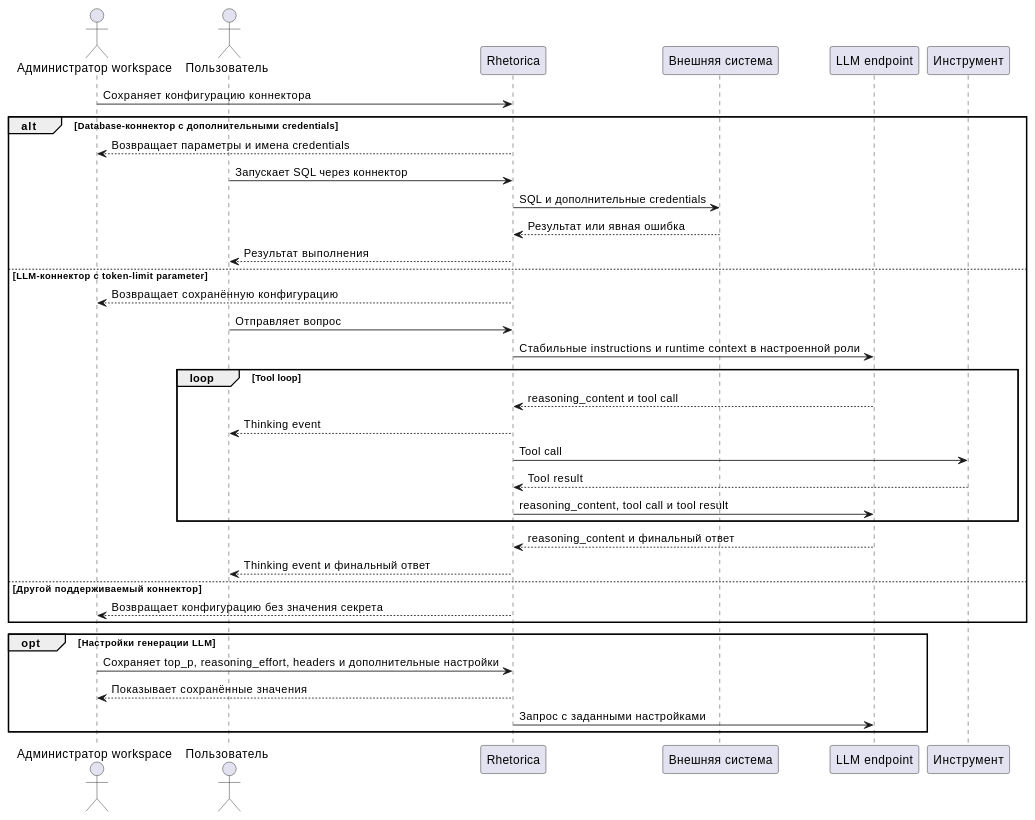
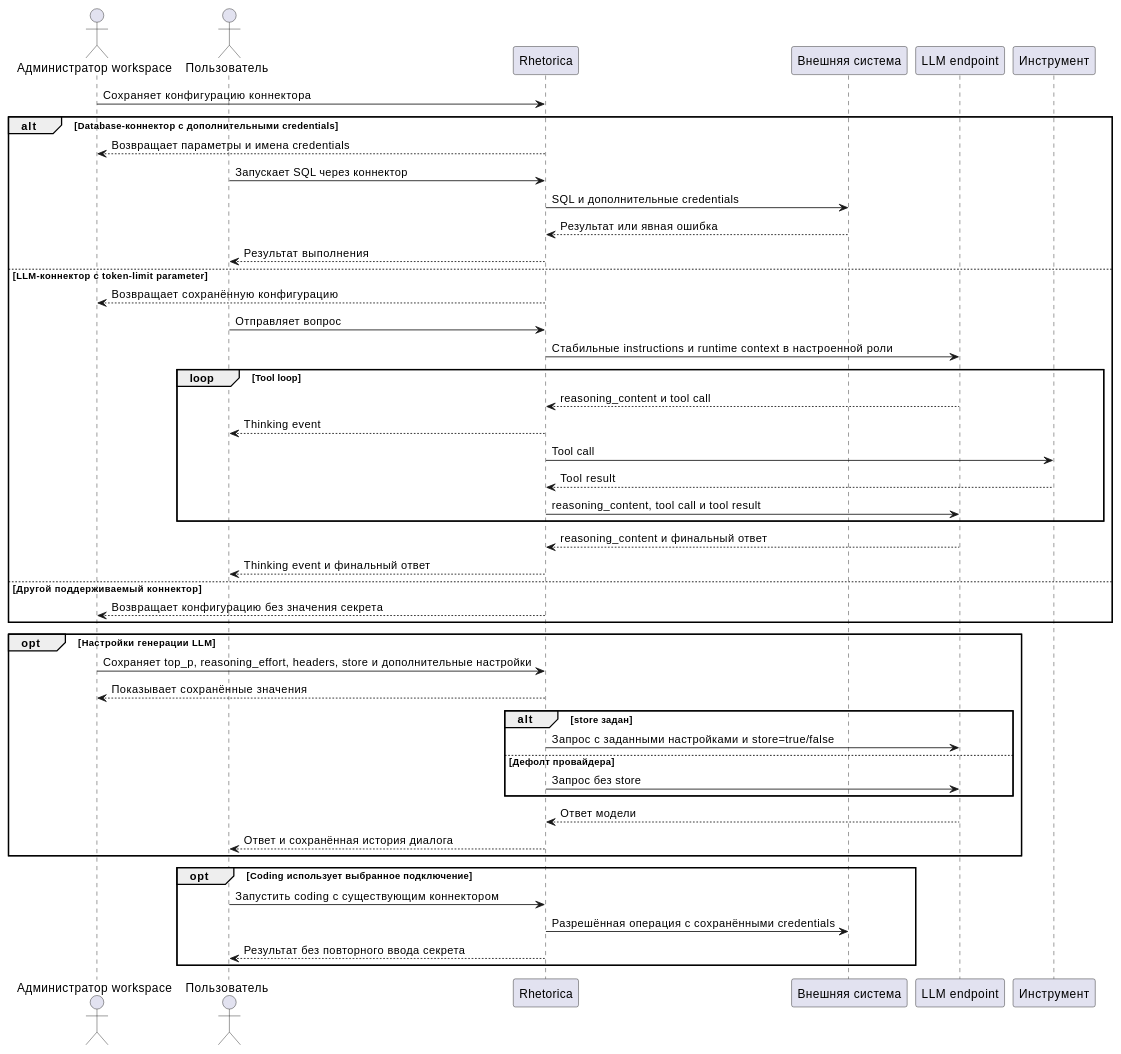
The diagram in openspec/specs/requirements/functional/fr-rh-009/spec.md (Adelphopoet/rhetorica), drawn with PlantUML before and after one commit. The commit also changed other lines of this file and 488 other files, not shown here.

````diff
--- a/openspec/specs/requirements/functional/fr-rh-009/spec.md
+++ b/openspec/specs/requirements/functional/fr-rh-009/spec.md
@@ -30,39 +30,50 @@
 ```plantuml
 @startuml
 actor "Администратор workspace" as Admin
 actor Пользователь
 participant Rhetorica
 participant "Внешняя система" as External
 participant "LLM endpoint" as LLM
 participant Инструмент
 
 Admin -> Rhetorica: Сохраняет конфигурацию коннектора
 alt Database-коннектор с дополнительными credentials
   Rhetorica --> Admin: Возвращает параметры и имена credentials
   Пользователь -> Rhetorica: Запускает SQL через коннектор
   Rhetorica -> External: SQL и дополнительные credentials
   External --> Rhetorica: Результат или явная ошибка
   Rhetorica --> Пользователь: Результат выполнения
 else LLM-коннектор с token-limit parameter
   Rhetorica --> Admin: Возвращает сохранённую конфигурацию
   Пользователь -> Rhetorica: Отправляет вопрос
   Rhetorica -> LLM: Стабильные instructions и runtime context в настроенной роли
   loop Tool loop
     LLM --> Rhetorica: reasoning_content и tool call
     Rhetorica --> Пользователь: Thinking event
     Rhetorica -> Инструмент: Tool call
     Инструмент --> Rhetorica: Tool result
     Rhetorica -> LLM: reasoning_content, tool call и tool result
   end
   LLM --> Rhetorica: reasoning_content и финальный ответ
   Rhetorica --> Пользователь: Thinking event и финальный ответ
 else Другой поддерживаемый коннектор
   Rhetorica --> Admin: Возвращает конфигурацию без значения секрета
 end
 opt Настройки генерации LLM
-  Admin -> Rhetorica: Сохраняет top_p, reasoning_effort, headers и дополнительные настройки
+  Admin -> Rhetorica: Сохраняет top_p, reasoning_effort, headers, store и дополнительные настройки
   Rhetorica --> Admin: Показывает сохранённые значения
-  Rhetorica -> LLM: Запрос с заданными настройками
+  alt store задан
+    Rhetorica -> LLM: Запрос с заданными настройками и store=true/false
+  else Дефолт провайдера
+    Rhetorica -> LLM: Запрос без store
+  end
+  LLM --> Rhetorica: Ответ модели
+  Rhetorica --> Пользователь: Ответ и сохранённая история диалога
+end
+opt Coding использует выбранное подключение
+  Пользователь -> Rhetorica: Запустить coding с существующим коннектором
+  Rhetorica -> External: Разрешённая операция с сохранёнными credentials
+  Rhetorica --> Пользователь: Результат без повторного ввода секрета
 end
 @enduml
 ```
````
